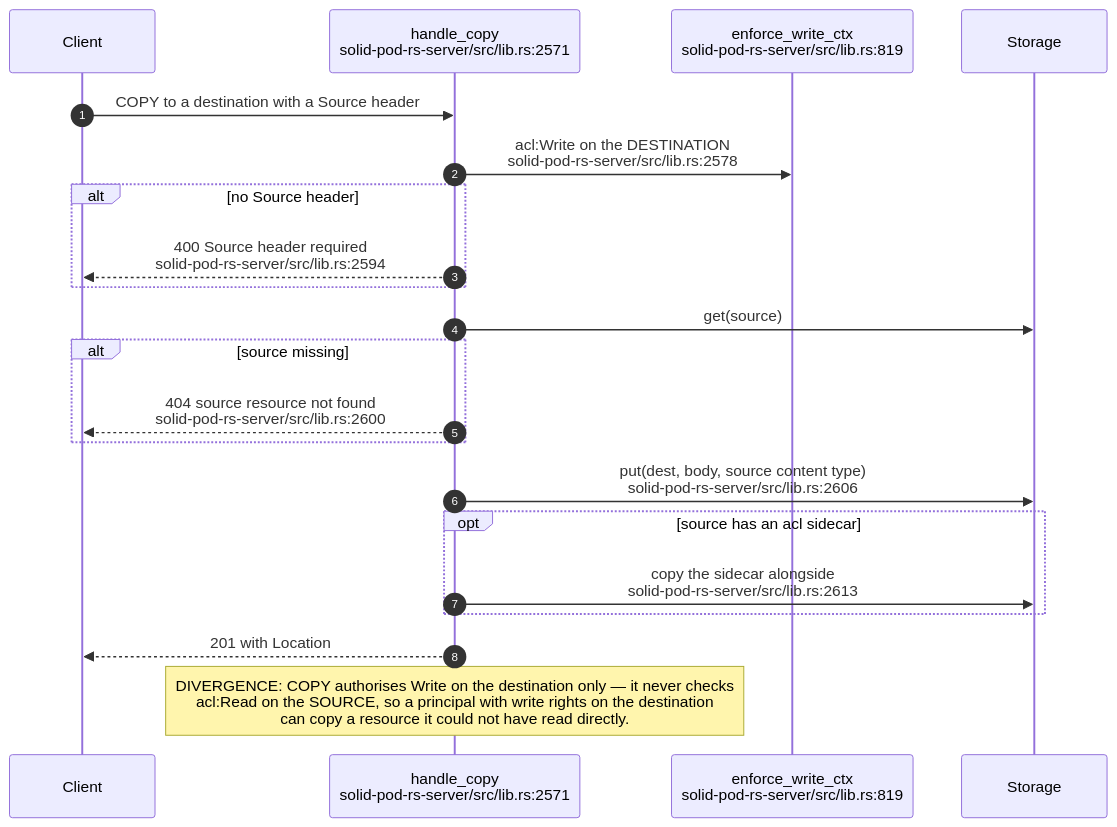
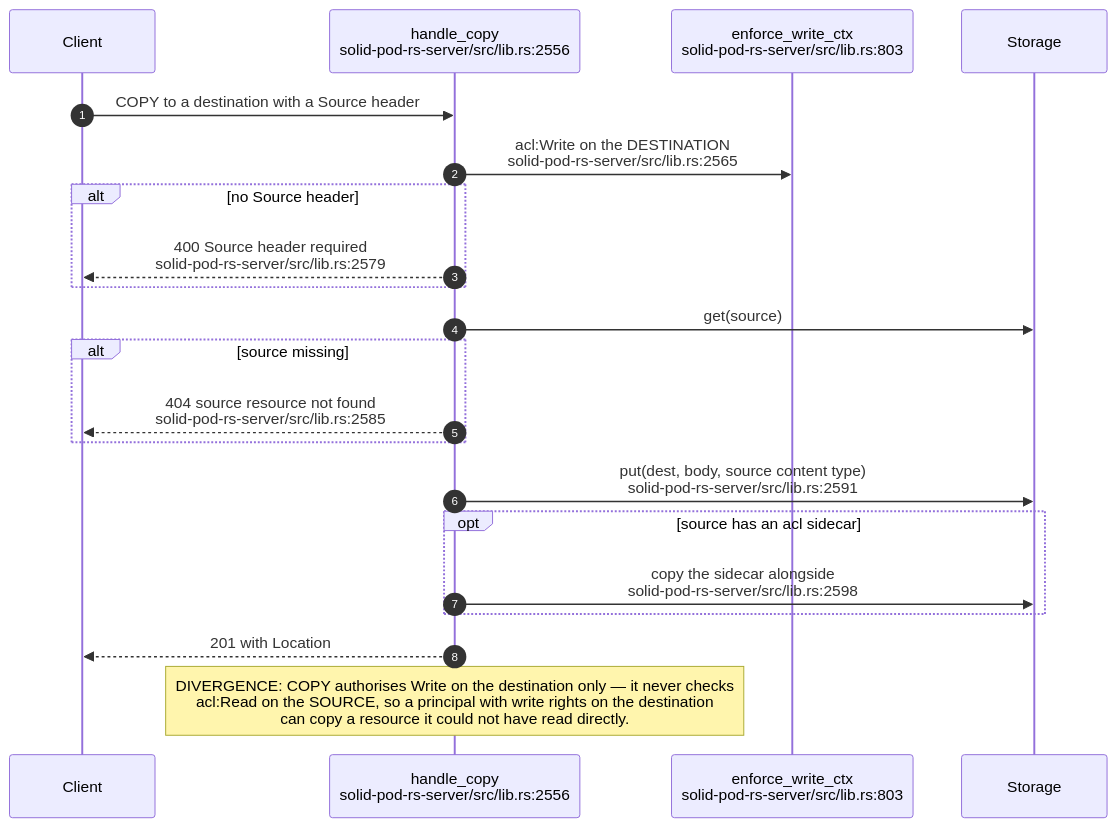
One commit to DreamLab-AI/VisionFlow changed the seventh of 11 diagrams in docs/diagrams/solid-pod-rs/03-ldp-request-lifecycle.md. Above: the diagram before and after it, drawn with Mermaid. The commit also changed other lines of this file and 21 other files, not shown here.

Commit message:
docs(diagrams): refresh first verified estate batch

````diff
--- a/docs/diagrams/solid-pod-rs/03-ldp-request-lifecycle.md
+++ b/docs/diagrams/solid-pod-rs/03-ldp-request-lifecycle.md
@@ -215,24 +215,24 @@
 ```mermaid
 sequenceDiagram
     autonumber
     participant C as Client
-    participant H as handle_copy<br/>solid-pod-rs-server/src/lib.rs:2571
-    participant W as enforce_write_ctx<br/>solid-pod-rs-server/src/lib.rs:819
+    participant H as handle_copy<br/>solid-pod-rs-server/src/lib.rs:2556
+    participant W as enforce_write_ctx<br/>solid-pod-rs-server/src/lib.rs:803
     participant S as Storage
 
     C->>H: COPY to a destination with a Source header
-    H->>W: acl:Write on the DESTINATION<br/>solid-pod-rs-server/src/lib.rs:2578
+    H->>W: acl:Write on the DESTINATION<br/>solid-pod-rs-server/src/lib.rs:2565
     alt no Source header
-        H-->>C: 400 Source header required<br/>solid-pod-rs-server/src/lib.rs:2594
+        H-->>C: 400 Source header required<br/>solid-pod-rs-server/src/lib.rs:2579
     end
     H->>S: get(source)
     alt source missing
-        H-->>C: 404 source resource not found<br/>solid-pod-rs-server/src/lib.rs:2600
+        H-->>C: 404 source resource not found<br/>solid-pod-rs-server/src/lib.rs:2585
     end
-    H->>S: put(dest, body, source content type)<br/>solid-pod-rs-server/src/lib.rs:2606
+    H->>S: put(dest, body, source content type)<br/>solid-pod-rs-server/src/lib.rs:2591
     opt source has an acl sidecar
-        H->>S: copy the sidecar alongside<br/>solid-pod-rs-server/src/lib.rs:2613
+        H->>S: copy the sidecar alongside<br/>solid-pod-rs-server/src/lib.rs:2598
     end
     H-->>C: 201 with Location
     Note over H: DIVERGENCE: COPY authorises Write on the destination only — it never checks<br/>acl:Read on the SOURCE, so a principal with write rights on the destination<br/>can copy a resource it could not have read directly.
 ```
````
